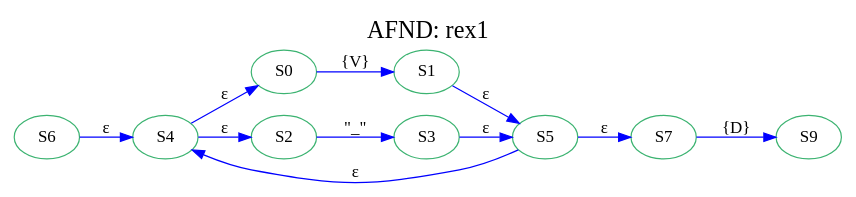
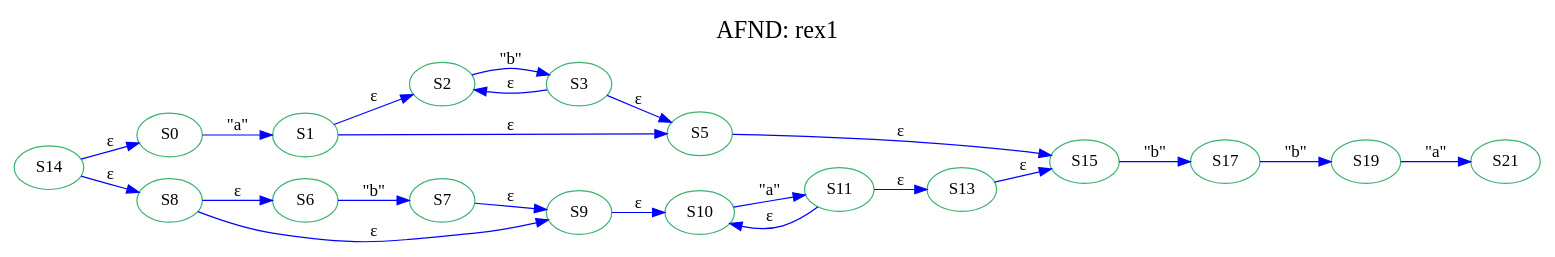
Before and after one commit to SelvinLP/-OLC1-PY1_201701133: the diagram in [OLC1]PY1_201701133/[OLC1]PY1_201701133/bin/Debug/AFNDrex1.dot, drawn with Graphviz. The commit also changed 33 other files, not shown here.

```diff
--- a/[OLC1]PY1_201701133/[OLC1]PY1_201701133/bin/Debug/AFNDrex1.dot
+++ b/[OLC1]PY1_201701133/[OLC1]PY1_201701133/bin/Debug/AFNDrex1.dot
@@ -1,25 +1,44 @@
-digraph AFD { 
+digraph AFND { 
 graph [label="AFND: rex1", labelloc=t, fontsize=20];
 rankdir=LR;
 edge [color=blue];
 node [color = mediumseagreen];
 "S0"[ label=S0 ]
 "S1"[ label=S1 ]
 "S2"[ label=S2 ]
 "S3"[ label=S3 ]
-"S4"[ label=S4 ]
 "S5"[ label=S5 ]
 "S6"[ label=S6 ]
 "S7"[ label=S7 ]
-"S0"->"S1"[label="{V}" ];
-"S2"->"S3"[label="\"_\"" ];
-"S4"->"S0"[label="ε" ];
-"S4"->"S2"[label="ε" ];
+"S8"[ label=S8 ]
+"S9"[ label=S9 ]
+"S10"[ label=S10 ]
+"S11"[ label=S11 ]
+"S13"[ label=S13 ]
+"S14"[ label=S14 ]
+"S15"[ label=S15 ]
+"S17"[ label=S17 ]
+"S19"[ label=S19 ]
+"S0"->"S1"[label="\"a\"" ];
+"S2"->"S3"[label="\"b\"" ];
+"S1"->"S2"[label="ε" ];
+"S2"->"S3"[label="ε" ,dir=back];
 "S1"->"S5"[label="ε" ];
 "S3"->"S5"[label="ε" ];
-"S6"->"S4"[label="ε" ];
-"S4"->"S5"[label="ε" ,dir=back];
-"S5"->"S7"[label="ε" ];
-"S7"->"S9"[label="{D}" ];
+"S6"->"S7"[label="\"b\"" ];
+"S8"->"S6"[label="ε" ];
+"S8"->"S9"[label="ε" ];
+"S7"->"S9"[label="ε" ];
+"S10"->"S11"[label="\"a\"" ];
+"S9"->"S10"[label="ε" ];
+"S10"->"S11"[label="ε" ,dir=back];
+"S11"->"S13"[label="ε" ];
+"S14"->"S0"[label="ε" ];
+"S14"->"S8"[label="ε" ];
+"S5"->"S15"[label="ε" ];
+"S13"->"S15"[label="ε" ];
+"S15"->"S17"[label="\"b\"" ];
+"S17"->"S19"[label="\"b\"" ];
+"S19"->"S21"[label="\"a\"" ];
 
 }
```
